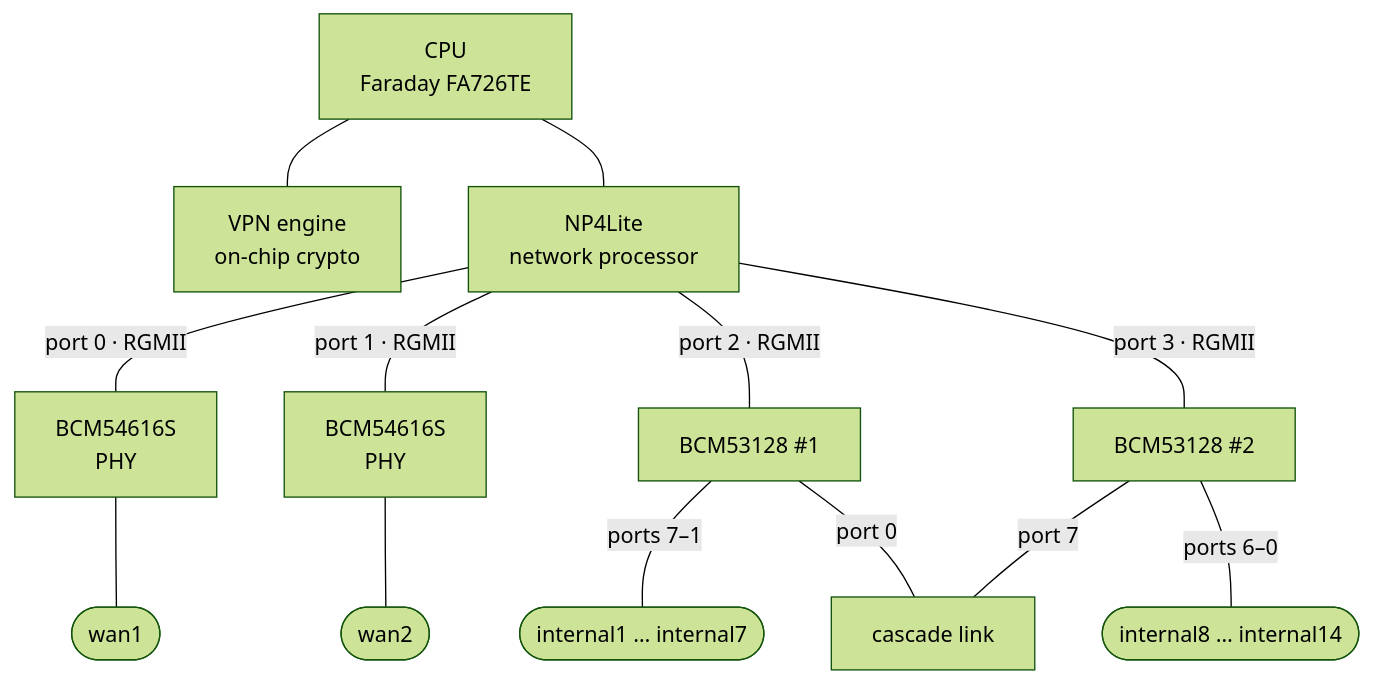
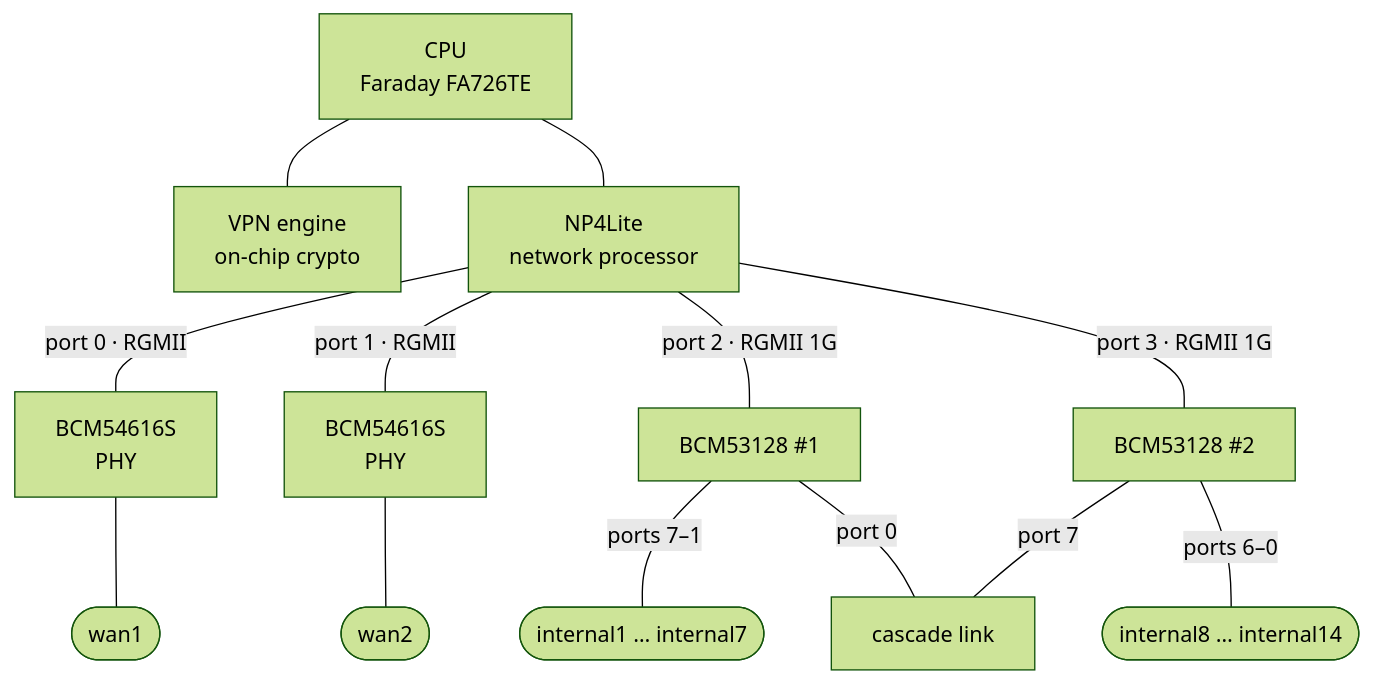
The third of 4 diagrams in README.md (Radeon24/fgtWRT), drawn with Mermaid (forest theme) before and after one commit. The commit also changed other lines of this file, not shown here.

````diff
--- a/README.md
+++ b/README.md
@@ -607,22 +611,22 @@
 ```mermaid
 flowchart TB
   CPU["CPU<br/>Faraday FA726TE"]
   CP7["VPN engine<br/>on-chip crypto"]
   NP["NP4Lite<br/>network processor"]
   PA["BCM54616S<br/>PHY"]
   PB["BCM54616S<br/>PHY"]
   SW0["BCM53128 #1"]
   SW1["BCM53128 #2"]
   CPU --- CP7
   CPU --- NP
   NP -- "port 0 · RGMII" --- PA
   NP -- "port 1 · RGMII" --- PB
-  NP -- "port 2 · RGMII" --- SW0
-  NP -- "port 3 · RGMII" --- SW1
+  NP -- "port 2 · RGMII 1G" --- SW0
+  NP -- "port 3 · RGMII 1G" --- SW1
   PA --- WAN1(["wan1"])
   PB --- WAN2(["wan2"])
   SW0 -- "ports 7–1" --- I1(["internal1 … internal7"])
   SW0 -- "port 0" --- CAS["cascade link"]
   SW1 -- "port 7" --- CAS
   SW1 -- "ports 6–0" --- I2(["internal8 … internal14"])
 ```
````
